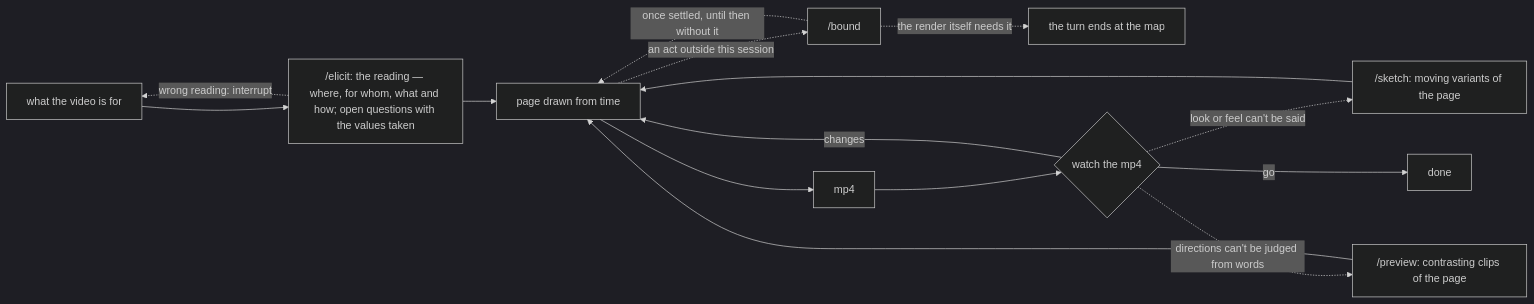
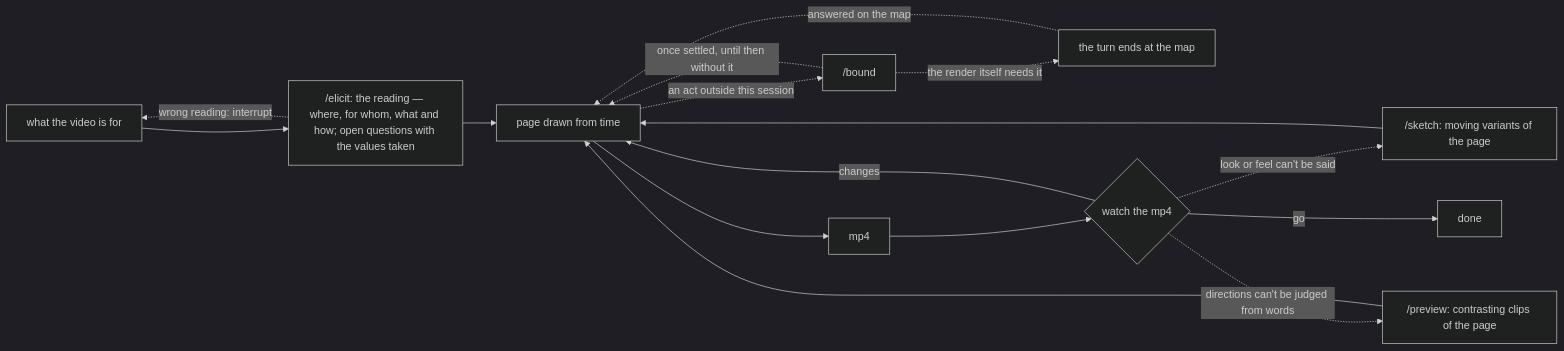
The diagram in motion/README.md (jongwony/cc-plugin), drawn with Mermaid (dark theme) before and after one commit. The commit also changed other lines of this file, not shown here.

First line of the commit message:
motion: README flow returns from the map once answered, and the table names the decision the map cites

````diff
--- a/motion/README.md
+++ b/motion/README.md
@@ -5,17 +5,18 @@
 ```mermaid
 flowchart LR
   A[what the video is for] --> B["/elicit: the reading — where, for whom, what and how; open questions with the values taken"]
   B -. wrong reading: interrupt .-> A
   B --> P[page drawn from time]
   P -. an act outside this session .-> D["/bound"]
   D -. once settled, until then without it .-> P
   D -. the render itself needs it .-> T["the turn ends at the map"]
+  T -. answered on the map .-> P
   P --> M[mp4]
   M --> W{watch the mp4}
   W -- changes --> P
   W -. look or feel can't be said .-> S["/sketch: moving variants of the page"]
   W -. directions can't be judged from words .-> V["/preview: contrasting clips of the page"]
   S --> P
   V --> P
   W -- go --> E[done]
 ```
````
